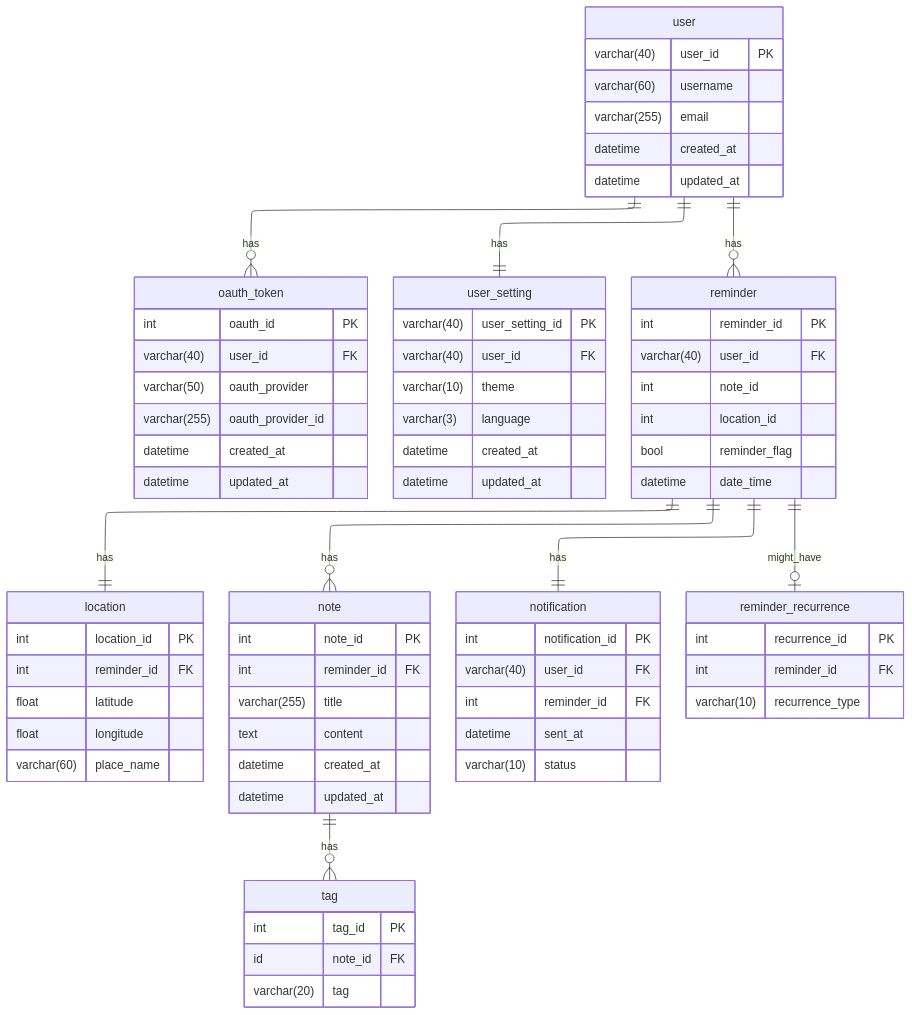
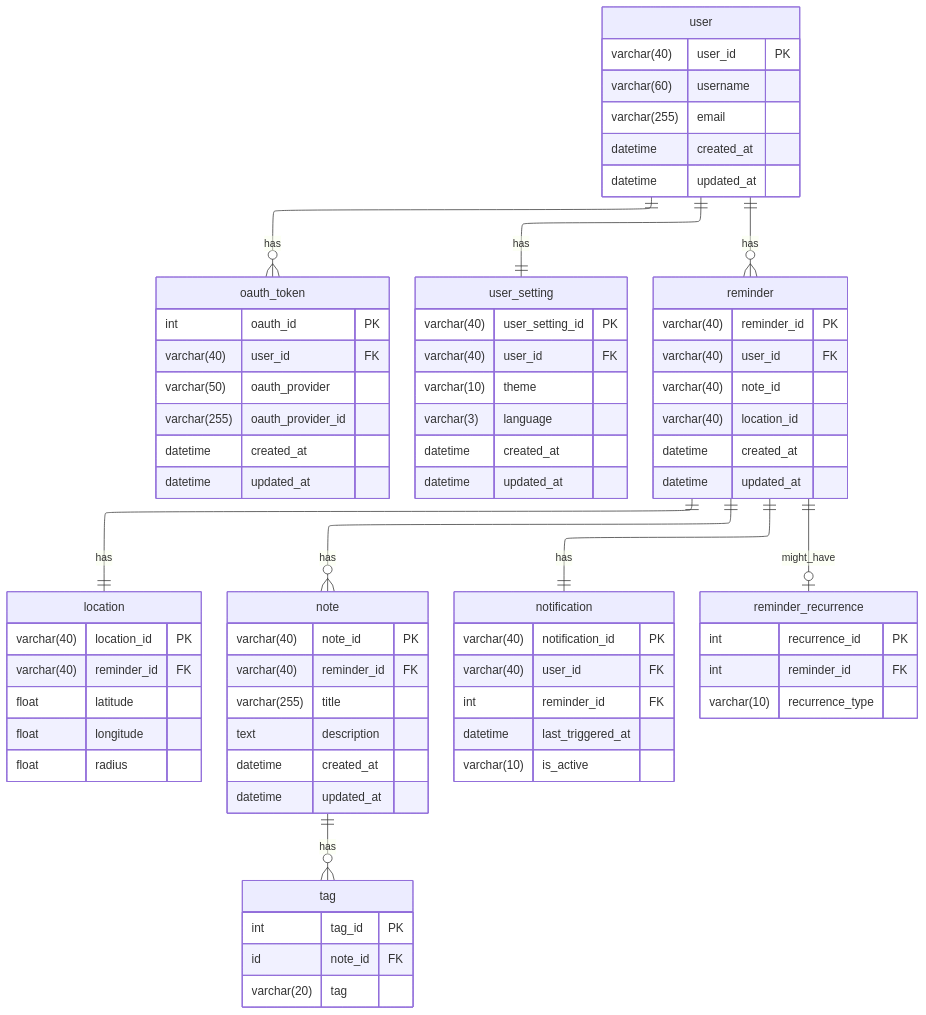
One commit to MapMinder/mapminder_documents changed the diagram in er_diagram.md. Above: the diagram before and after it, drawn with Mermaid.

Commit message:
fix: added required columns and removed non required ones

```diff
--- a/er_diagram.md
+++ b/er_diagram.md
@@ -40,37 +40,37 @@
 }
 
 location {
-    int location_id PK
-    int reminder_id FK
+    varchar(40) location_id PK
+    varchar(40) reminder_id FK
     float latitude
     float longitude
-    varchar(60) place_name
+    float radius
 }
 
 reminder {
-    int reminder_id PK
+    varchar(40) reminder_id PK
     varchar(40) user_id FK
-    int note_id
-    int location_id
-    bool reminder_flag
-    datetime date_time
+    varchar(40) note_id
+    varchar(40) location_id
+    datetime created_at
+    datetime updated_at
 }
 
 note {
-    int note_id PK
-    int reminder_id FK
+    varchar(40) note_id PK
+    varchar(40) reminder_id FK
     varchar(255) title
-    text content
+    text description
     datetime created_at
     datetime updated_at
 }
 
 notification {
-    int notification_id PK
+    varchar(40) notification_id PK
     varchar(40) user_id FK
     int reminder_id FK
-    datetime sent_at
-    varchar(10) status
+    datetime last_triggered_at
+    varchar(10) is_active
 }
 
 reminder_recurrence {
```
